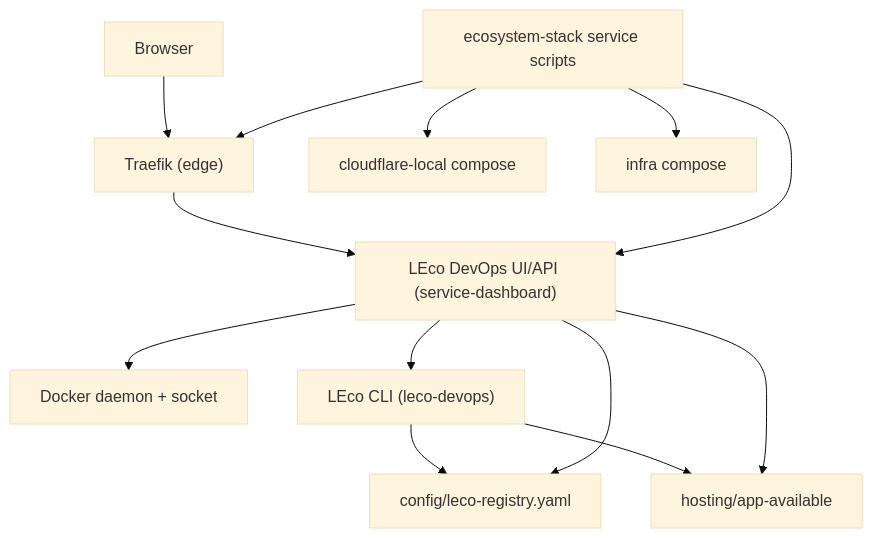
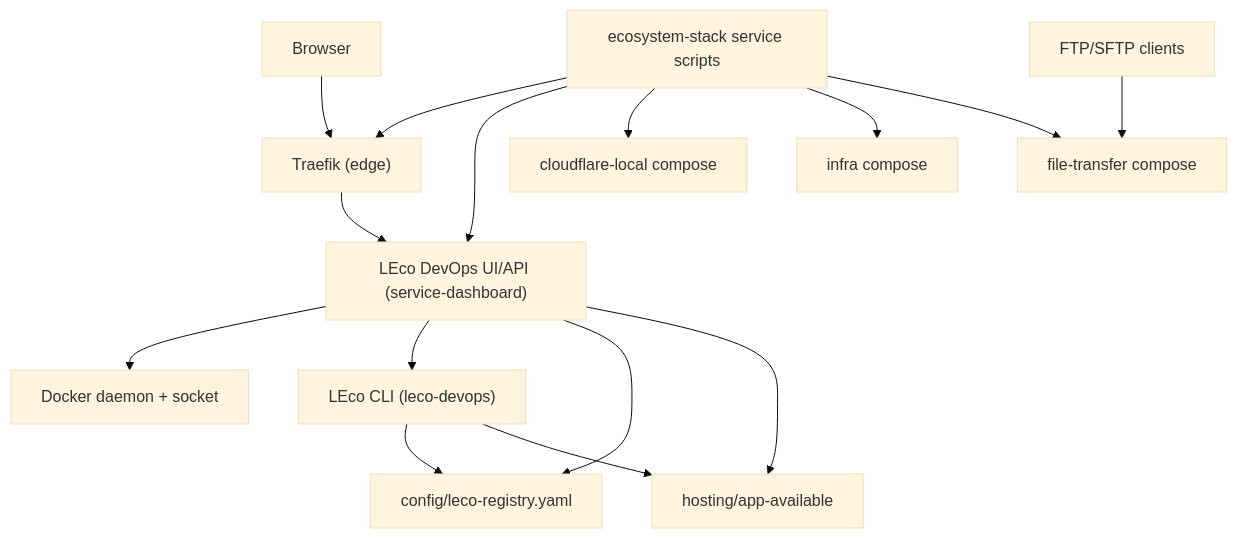
Before and after one commit to leco-devops/local-ecosystem: the diagram in docs/ARCHITECTURE.md, drawn with Mermaid (base theme). The commit also changed other lines of this file and 39 other files, not shown here.

First line of the commit message:
fix(file-transfer): SFTP credential apply, key auth, and UI access ports

````diff
--- a/docs/ARCHITECTURE.md
+++ b/docs/ARCHITECTURE.md
@@ -27,26 +27,29 @@
 ```mermaid
 flowchart TD
   Browser["Browser"]
   Traefik["Traefik (edge)"]
   Dash["LEco DevOps UI/API (service-dashboard)"]
   AiStack["ecosystem-stack service scripts"]
   DockerApi["Docker daemon + socket"]
   LecoCli["LEco CLI (leco-devops)"]
   Registry["config/leco-registry.yaml"]
   Hosted["hosting/app-available"]
   CfLocal["cloudflare-local compose"]
   Infra["infra compose"]
+  FileTransfer["file-transfer compose"]
 
   Browser --> Traefik
   Traefik --> Dash
   Dash --> DockerApi
   Dash --> LecoCli
   LecoCli --> Registry
   LecoCli --> Hosted
   Dash --> Registry
   Dash --> Hosted
   AiStack --> Traefik
   AiStack --> Dash
   AiStack --> CfLocal
   AiStack --> Infra
+  AiStack --> FileTransfer
+  ClientFTP["FTP/SFTP clients"] --> FileTransfer
 ```
````
